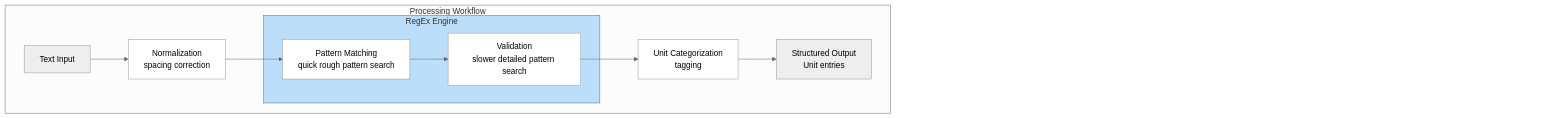
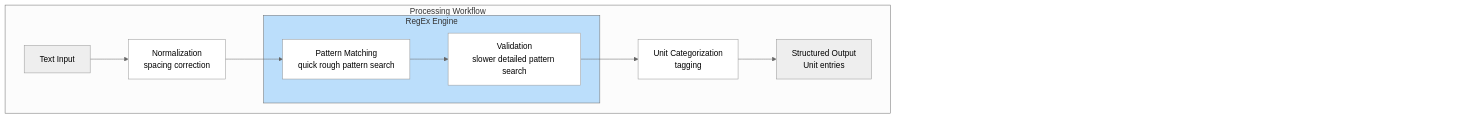
Before and after one commit to seanox/seanox-ai-nlp: the diagram in seanox_ai_nlp/units/README.md, drawn with Mermaid.

Commit message:
#0000 Documentation: Update of content

````diff
--- a/seanox_ai_nlp/units/README.md
+++ b/seanox_ai_nlp/units/README.md
@@ -705,31 +705,31 @@
 ```mermaid
 ---
 config:
   theme: neutral
 ---
 flowchart TD
-    R["123456789012345678901234567890123456789012345678901234567890"]
+    R["12345678901234567890123456789012345678901234567890"]
     subgraph subGraphWorkflow["Processing Workflow"]
         A["Text Input"]
         B["Normalization<br/>spacing correction"]
         subgraph subGraphRegExEngine["RegEx Engine"]
             C["Pattern Matching<br/>quick rough pattern search"]
             D["Validation<br/>slower detailed pattern search"]
         end
         E["Unit Categorization<br/>tagging"]
         F["Structured Output<br>Unit entries"]
     end
-    L["123456789012345678901234567890123456789012345678901234567890"]
+    L["12345678901234567890123456789012345678901234567890"]
     A --> B
     B --> C
     C --> D
     D --> E
     E --> F
     style subGraphRegExEngine fill:#BBDEFB  
     style B fill:#FFFFFF
     style C fill:#FFFFFF
     style D fill:#FFFFFF
     style E fill:#FFFFFF
     style L fill:#FFFFFF,stroke:#FFFFFF,stroke-width:0px,color:#FFFFFF
     style R fill:#FFFFFF,stroke:#FFFFFF,stroke-width:0px,color:#FFFFFF
 ```
````
